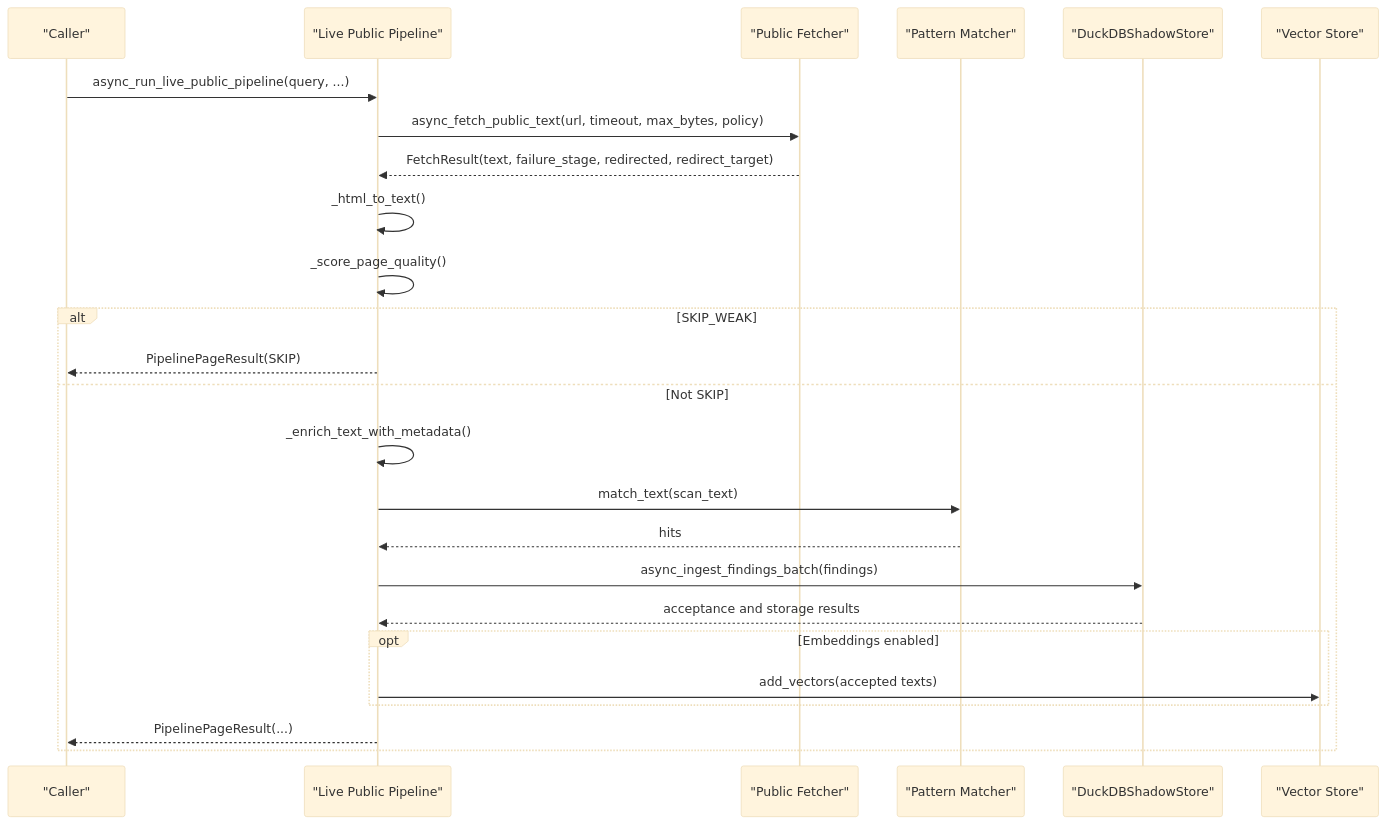
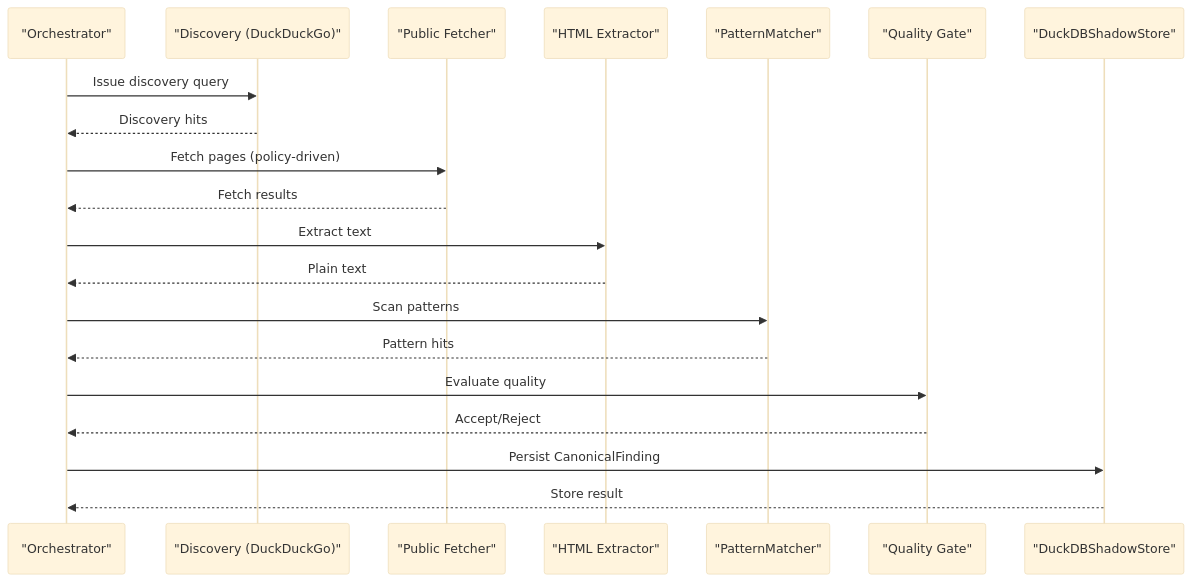
One commit to Hamulda/hledac-universal changed the fourth of 8 diagrams in .qoder/repowiki/en/content/Pipeline System/Pipeline System.md. Above: the diagram before and after it, drawn with Mermaid (base theme). The commit also changed other lines of this file and 236 other files, not shown here.

````diff
--- a/.qoder/repowiki/en/content/Pipeline System/Pipeline System.md
+++ b/.qoder/repowiki/en/content/Pipeline System/Pipeline System.md
@@ -199,27 +172,22 @@
 ```mermaid
 sequenceDiagram
-participant Client as "Caller"
-participant LPP as "Live Public Pipeline"
-participant PF as "Public Fetcher"
-participant PM as "Pattern Matcher"
-participant DS as "DuckDBShadowStore"
-participant VS as "Vector Store"
-Client->>LPP : async_run_live_public_pipeline(query, ...)
-LPP->>PF : async_fetch_public_text(url, timeout, max_bytes, policy)
-PF-->>LPP : FetchResult(text, failure_stage, redirected, redirect_target)
-LPP->>LPP : _html_to_text()
-LPP->>LPP : _score_page_quality()
-alt SKIP_WEAK
-LPP-->>Client : PipelinePageResult(SKIP)
-else Not SKIP
-LPP->>LPP : _enrich_text_with_metadata()
-LPP->>PM : match_text(scan_text)
-PM-->>LPP : hits
-LPP->>DS : async_ingest_findings_batch(findings)
-DS-->>LPP : acceptance and storage results
-opt Embeddings enabled
-LPP->>VS : add_vectors(accepted texts)
-end
-LPP-->>Client : PipelinePageResult(...)
-end
+participant Orchestrator as "Orchestrator"
+participant Discovery as "Discovery (DuckDuckGo)"
+participant Fetcher as "Public Fetcher"
+participant Extractor as "HTML Extractor"
+participant Matcher as "PatternMatcher"
+participant Gate as "Quality Gate"
+participant Store as "DuckDBShadowStore"
+Orchestrator->>Discovery : Issue discovery query
+Discovery-->>Orchestrator : Discovery hits
+Orchestrator->>Fetcher : Fetch pages (policy-driven)
+Fetcher-->>Orchestrator : Fetch results
+Orchestrator->>Extractor : Extract text
+Extractor-->>Orchestrator : Plain text
+Orchestrator->>Matcher : Scan patterns
+Matcher-->>Orchestrator : Pattern hits
+Orchestrator->>Gate : Evaluate quality
+Gate-->>Orchestrator : Accept/Reject
+Orchestrator->>Store : Persist CanonicalFinding
+Store-->>Orchestrator : Store result
 ```
````
